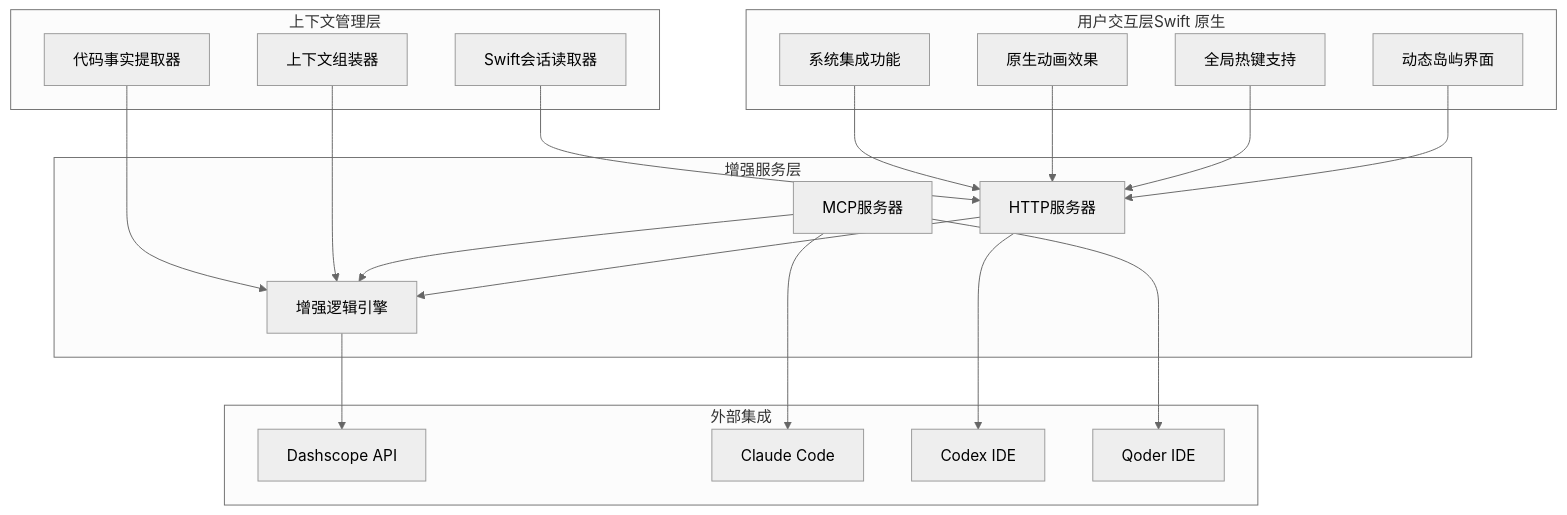
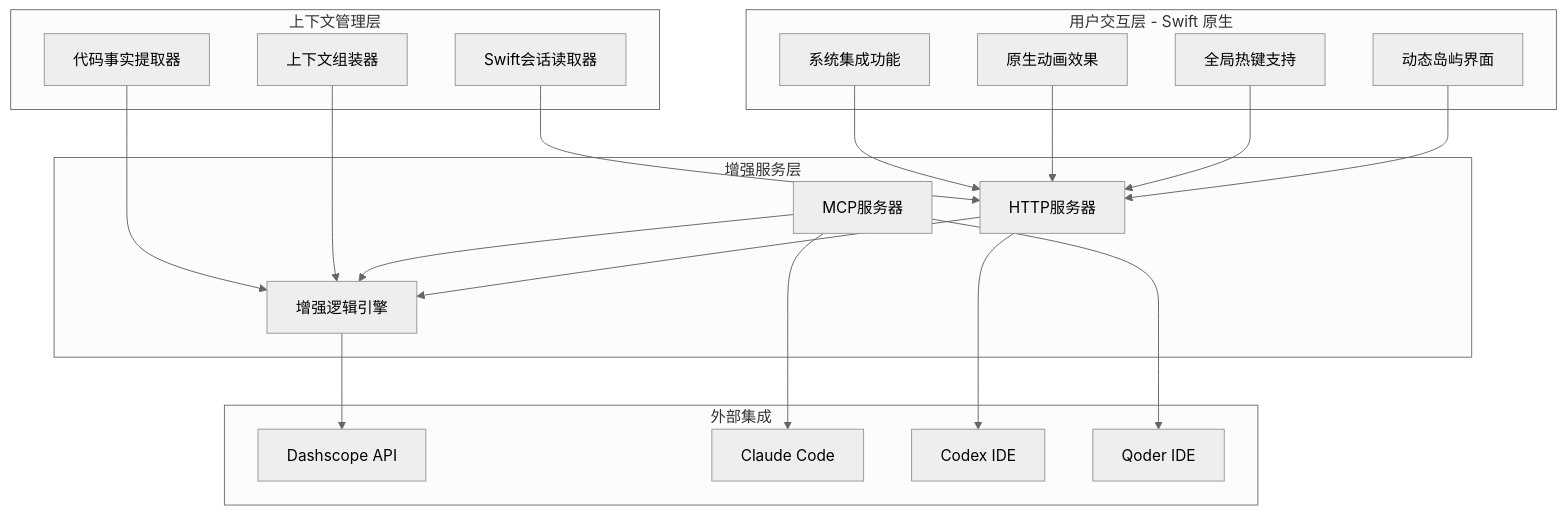
Before and after one commit to WyRainBow/PromptCocoPilot: the second of 6 diagrams in .qoder/repowiki/zh/content/集成指南/桌面界面使用指南.md, drawn with Mermaid (neutral theme). The commit also changed other lines of this file and 54 other files, not shown here.

````diff
--- a/.qoder/repowiki/zh/content/集成指南/桌面界面使用指南.md
+++ b/.qoder/repowiki/zh/content/集成指南/桌面界面使用指南.md
@@ -204,38 +199,38 @@
 ```mermaid
 graph TB
-subgraph "用户交互层Swift 原生"
+subgraph "用户交互层 - Swift 原生"
 UI1[动态岛屿界面]
 UI2[全局热键支持]
 UI3[原生动画效果]
 UI4[系统集成功能]
 end
 subgraph "增强服务层"
 ES1[HTTP服务器]
 ES2[MCP服务器]
 ES3[增强逻辑引擎]
 end
 subgraph "上下文管理层"
 CM1[Swift会话读取器]
 CM2[上下文组装器]
 CM3[代码事实提取器]
 end
 subgraph "外部集成"
 EX1[Dashscope API]
 EX2[Claude Code]
 EX3[Codex IDE]
 EX4[Qoder IDE]
 end
 UI1 --> ES1
 UI2 --> ES1
 UI3 --> ES1
 UI4 --> ES1
 ES1 --> ES3
 ES2 --> ES3
 ES3 --> EX1
 CM1 --> ES1
 CM2 --> ES3
 CM3 --> ES3
 ES2 --> EX2
 ES1 --> EX3
 ES2 --> EX4
 ```
````
